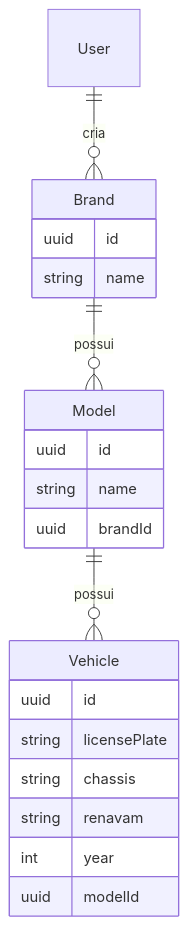
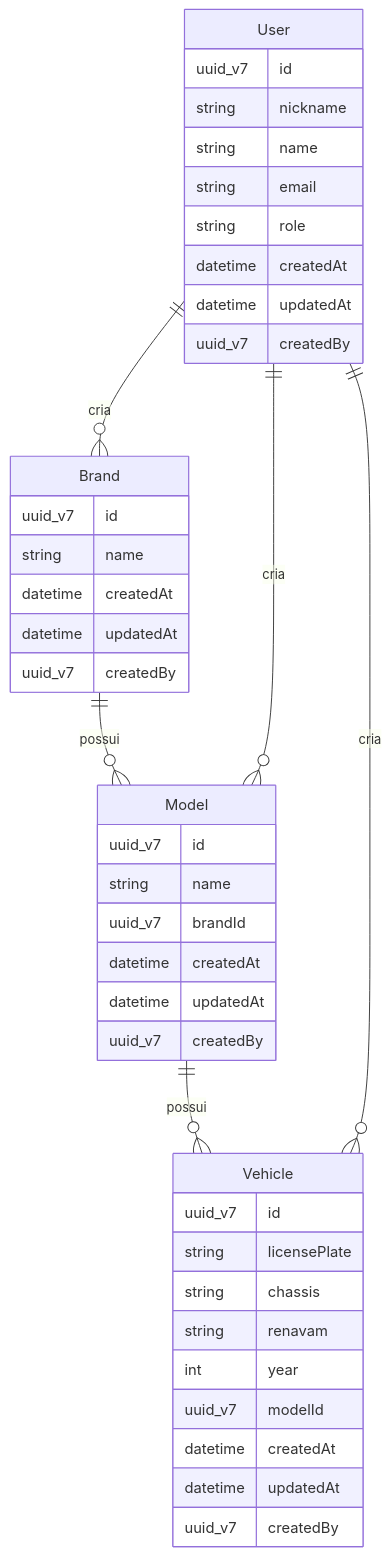
Before and after one commit to NatanaelSignorini/aivacol-api-test: the first of 2 diagrams in README.md, drawn with Mermaid. The commit also changed other lines of this file and 2 other files, not shown here.

First line of the commit message:
docs(readme): align project docs with UUID v7 and Node 24

````diff
--- a/README.md
+++ b/README.md
@@ -38,23 +38,44 @@
 ```mermaid
 erDiagram
   Brand ||--o{ Model : possui
   Model ||--o{ Vehicle : possui
   User ||--o{ Brand : cria
+  User ||--o{ Model : cria
+  User ||--o{ Vehicle : cria
   Brand {
-    uuid id
+    uuid_v7 id
     string name
+    datetime createdAt
+    datetime updatedAt
+    uuid_v7 createdBy
   }
   Model {
-    uuid id
+    uuid_v7 id
     string name
-    uuid brandId
+    uuid_v7 brandId
+    datetime createdAt
+    datetime updatedAt
+    uuid_v7 createdBy
   }
   Vehicle {
-    uuid id
+    uuid_v7 id
     string licensePlate
     string chassis
     string renavam
     int year
-    uuid modelId
+    uuid_v7 modelId
+    datetime createdAt
+    datetime updatedAt
+    uuid_v7 createdBy
+  }
+  User {
+    uuid_v7 id
+    string nickname
+    string name
+    string email
+    string role
+    datetime createdAt
+    datetime updatedAt
+    uuid_v7 createdBy
   }
 ```
````
